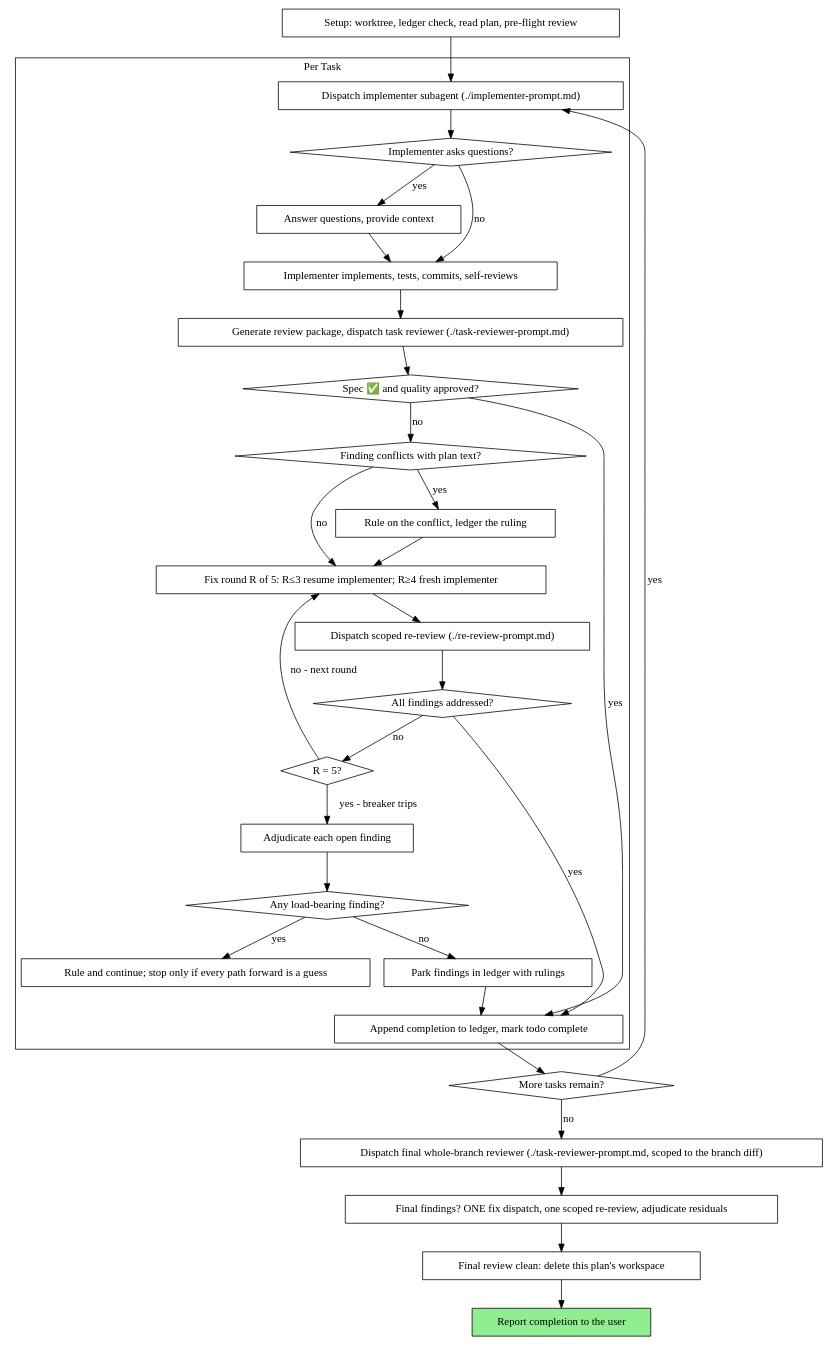
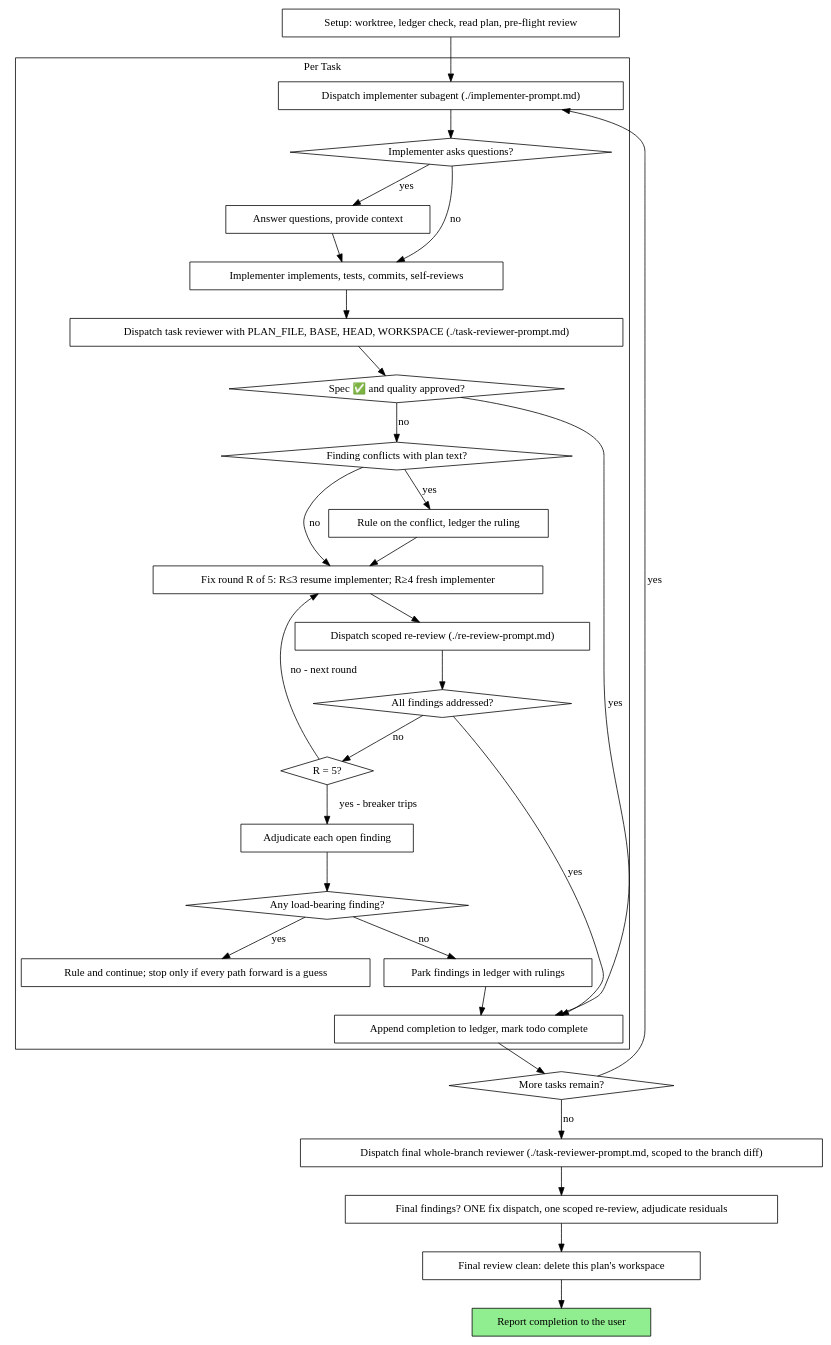
Before and after one commit to yuyamakiyama/dotfiles: the second of 2 diagrams in dot_claude/skills/subagent-driven-development/SKILL.md, drawn with Graphviz. The commit also changed other lines of this file and 3 other files, not shown here.

````diff
--- a/dot_claude/skills/subagent-driven-development/SKILL.md
+++ b/dot_claude/skills/subagent-driven-development/SKILL.md
@@ -73,62 +73,62 @@
 ```dot
 digraph process {
     rankdir=TB;
 
     subgraph cluster_per_task {
         label="Per Task";
         "Dispatch implementer subagent (./implementer-prompt.md)" [shape=box];
         "Implementer asks questions?" [shape=diamond];
         "Answer questions, provide context" [shape=box];
         "Implementer implements, tests, commits, self-reviews" [shape=box];
-        "Generate review package, dispatch task reviewer (./task-reviewer-prompt.md)" [shape=box];
+        "Dispatch task reviewer with PLAN_FILE, BASE, HEAD, WORKSPACE (./task-reviewer-prompt.md)" [shape=box];
         "Spec ✅ and quality approved?" [shape=diamond];
         "Finding conflicts with plan text?" [shape=diamond];
         "Rule on the conflict, ledger the ruling" [shape=box];
         "Fix round R of 5: R≤3 resume implementer; R≥4 fresh implementer" [shape=box];
         "Dispatch scoped re-review (./re-review-prompt.md)" [shape=box];
         "All findings addressed?" [shape=diamond];
         "R = 5?" [shape=diamond];
         "Adjudicate each open finding" [shape=box];
         "Any load-bearing finding?" [shape=diamond];
         "Rule and continue; stop only if every path forward is a guess" [shape=box];
         "Park findings in ledger with rulings" [shape=box];
         "Append completion to ledger, mark todo complete" [shape=box];
     }
 
     "Setup: worktree, ledger check, read plan, pre-flight review" [shape=box];
     "More tasks remain?" [shape=diamond];
     "Dispatch final whole-branch reviewer (./task-reviewer-prompt.md, scoped to the branch diff)" [shape=box];
     "Final findings? ONE fix dispatch, one scoped re-review, adjudicate residuals" [shape=box];
     "Final review clean: delete this plan's workspace" [shape=box];
     "Report completion to the user" [shape=box style=filled fillcolor=lightgreen];
 
     "Setup: worktree, ledger check, read plan, pre-flight review" -> "Dispatch implementer subagent (./implementer-prompt.md)";
     "Dispatch implementer subagent (./implementer-prompt.md)" -> "Implementer asks questions?";
     "Implementer asks questions?" -> "Answer questions, provide context" [label="yes"];
     "Answer questions, provide context" -> "Implementer implements, tests, commits, self-reviews";
     "Implementer asks questions?" -> "Implementer implements, tests, commits, self-reviews" [label="no"];
-    "Implementer implements, tests, commits, self-reviews" -> "Generate review package, dispatch task reviewer (./task-reviewer-prompt.md)";
-    "Generate review package, dispatch task reviewer (./task-reviewer-prompt.md)" -> "Spec ✅ and quality approved?";
+    "Implementer implements, tests, commits, self-reviews" -> "Dispatch task reviewer with PLAN_FILE, BASE, HEAD, WORKSPACE (./task-reviewer-prompt.md)";
+    "Dispatch task reviewer with PLAN_FILE, BASE, HEAD, WORKSPACE (./task-reviewer-prompt.md)" -> "Spec ✅ and quality approved?";
     "Spec ✅ and quality approved?" -> "Append completion to ledger, mark todo complete" [label="yes"];
     "Spec ✅ and quality approved?" -> "Finding conflicts with plan text?" [label="no"];
     "Finding conflicts with plan text?" -> "Rule on the conflict, ledger the ruling" [label="yes"];
     "Rule on the conflict, ledger the ruling" -> "Fix round R of 5: R≤3 resume implementer; R≥4 fresh implementer";
     "Finding conflicts with plan text?" -> "Fix round R of 5: R≤3 resume implementer; R≥4 fresh implementer" [label="no"];
     "Fix round R of 5: R≤3 resume implementer; R≥4 fresh implementer" -> "Dispatch scoped re-review (./re-review-prompt.md)";
     "Dispatch scoped re-review (./re-review-prompt.md)" -> "All findings addressed?";
     "All findings addressed?" -> "Append completion to ledger, mark todo complete" [label="yes"];
     "All findings addressed?" -> "R = 5?" [label="no"];
     "R = 5?" -> "Fix round R of 5: R≤3 resume implementer; R≥4 fresh implementer" [label="no - next round"];
     "R = 5?" -> "Adjudicate each open finding" [label="yes - breaker trips"];
     "Adjudicate each open finding" -> "Any load-bearing finding?";
     "Any load-bearing finding?" -> "Rule and continue; stop only if every path forward is a guess" [label="yes"];
     "Any load-bearing finding?" -> "Park findings in ledger with rulings" [label="no"];
     "Park findings in ledger with rulings" -> "Append completion to ledger, mark todo complete";
     "Append completion to ledger, mark todo complete" -> "More tasks remain?";
     "More tasks remain?" -> "Dispatch implementer subagent (./implementer-prompt.md)" [label="yes"];
     "More tasks remain?" -> "Dispatch final whole-branch reviewer (./task-reviewer-prompt.md, scoped to the branch diff)" [label="no"];
     "Dispatch final whole-branch reviewer (./task-reviewer-prompt.md, scoped to the branch diff)" -> "Final findings? ONE fix dispatch, one scoped re-review, adjudicate residuals";
     "Final findings? ONE fix dispatch, one scoped re-review, adjudicate residuals" -> "Final review clean: delete this plan's workspace";
     "Final review clean: delete this plan's workspace" -> "Report completion to the user";
 }
 ```
````
